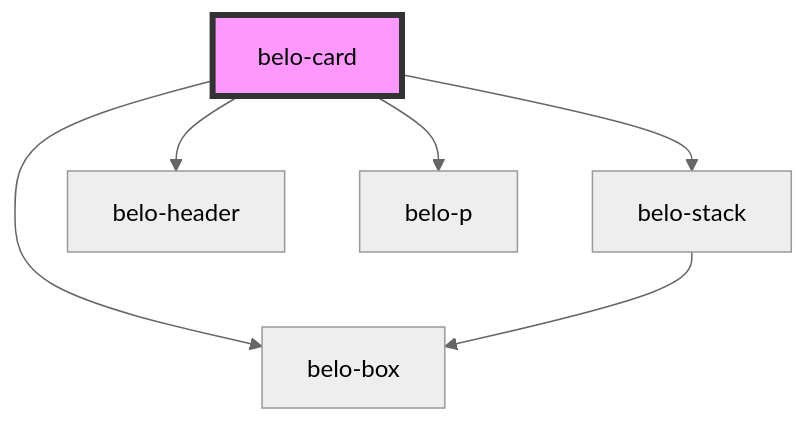
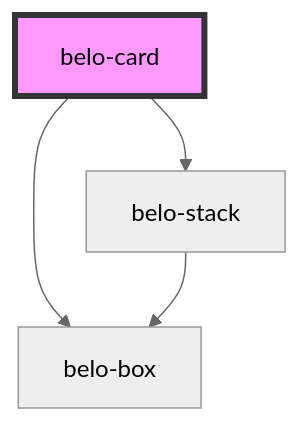
Before and after one commit to KonstantinBelenko/Belo: the diagram in src/components/belo-card/readme.md, drawn with Mermaid (neutral theme). The commit also changed other lines of this file and 8 other files, not shown here.

````diff
--- a/src/components/belo-card/readme.md
+++ b/src/components/belo-card/readme.md
@@ -28,9 +27,7 @@
 ```mermaid
 graph TD;
   belo-card --> belo-box
   belo-card --> belo-stack
-  belo-card --> belo-header
-  belo-card --> belo-p
   belo-stack --> belo-box
   style belo-card fill:#f9f,stroke:#333,stroke-width:4px
 ```
````
